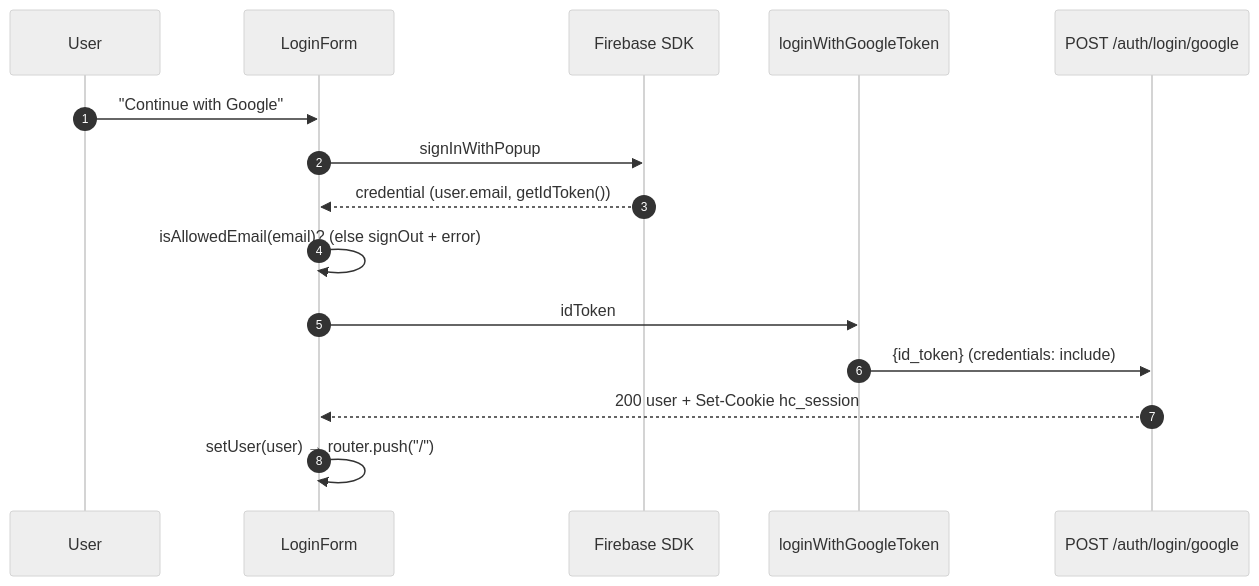
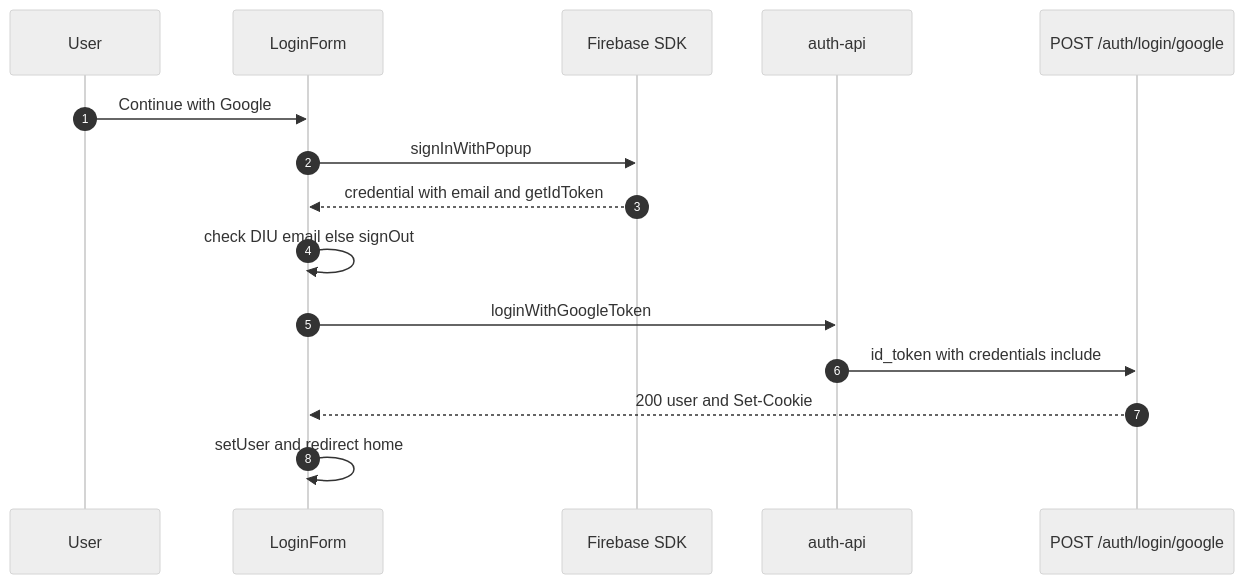
Before and after one commit to darklight9911/Hall_Canteen_Frontend: the sixth of 8 diagrams in docs/ARCHITECTURE.md, drawn with Mermaid (neutral theme). The commit also changed other lines of this file, not shown here.

First line of the commit message:
docs: use only use-case, activity, and sequence diagrams

````diff
--- a/docs/ARCHITECTURE.md
+++ b/docs/ARCHITECTURE.md
@@ -252,17 +213,17 @@
 ```mermaid
 sequenceDiagram
     autonumber
     participant U as User
     participant LF as LoginForm
     participant FB as Firebase SDK
-    participant API as loginWithGoogleToken
+    participant API as auth-api
     participant BE as POST /auth/login/google
-    U->>LF: "Continue with Google"
+    U->>LF: Continue with Google
     LF->>FB: signInWithPopup
-    FB-->>LF: credential (user.email, getIdToken())
-    LF->>LF: isAllowedEmail(email)? (else signOut + error)
-    LF->>API: idToken
-    API->>BE: {id_token} (credentials: include)
-    BE-->>LF: 200 user + Set-Cookie hc_session
-    LF->>LF: setUser(user) → router.push("/")
+    FB-->>LF: credential with email and getIdToken
+    LF->>LF: check DIU email else signOut
+    LF->>API: loginWithGoogleToken
+    API->>BE: id_token with credentials include
+    BE-->>LF: 200 user and Set-Cookie
+    LF->>LF: setUser and redirect home
 ```
````
